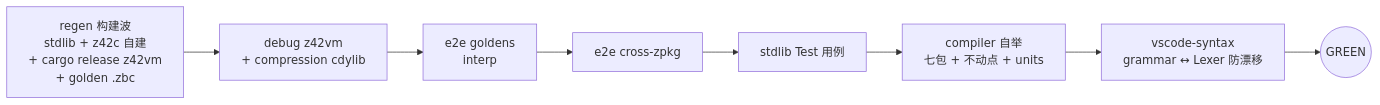
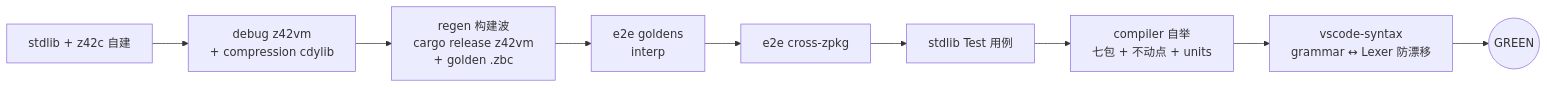
The diagram in docs/book/src/dev/test-gate.md (z42-lang/z42), drawn with Mermaid before and after one commit. The commit also changed other lines of this file and 2 other files, not shown here.

First line of the commit message:
fix(toolchain): 门禁在 golden regen 前重建 debug z42vm

````diff
--- a/docs/book/src/dev/test-gate.md
+++ b/docs/book/src/dev/test-gate.md
@@ -40,10 +40,11 @@
 ```mermaid
 graph LR
-    R[regen 构建波<br/>stdlib + z42c 自建<br/>+ cargo release z42vm<br/>+ golden .zbc] --> D[debug z42vm<br/>+ compression cdylib]
-    D --> S1[e2e goldens<br/>interp]
+    B[stdlib + z42c 自建] --> D[debug z42vm<br/>+ compression cdylib]
+    D --> R[regen 构建波<br/>cargo release z42vm<br/>+ golden .zbc]
+    R --> S1[e2e goldens<br/>interp]
     S1 --> S2[e2e cross-zpkg]
     S2 --> S3[stdlib Test 用例]
     S3 --> S4[compiler 自举<br/>七包 + 不动点 + units]
     S4 --> S5[vscode-syntax<br/>grammar ↔ Lexer 防漂移]
     S5 --> G((GREEN))
 ```
````
